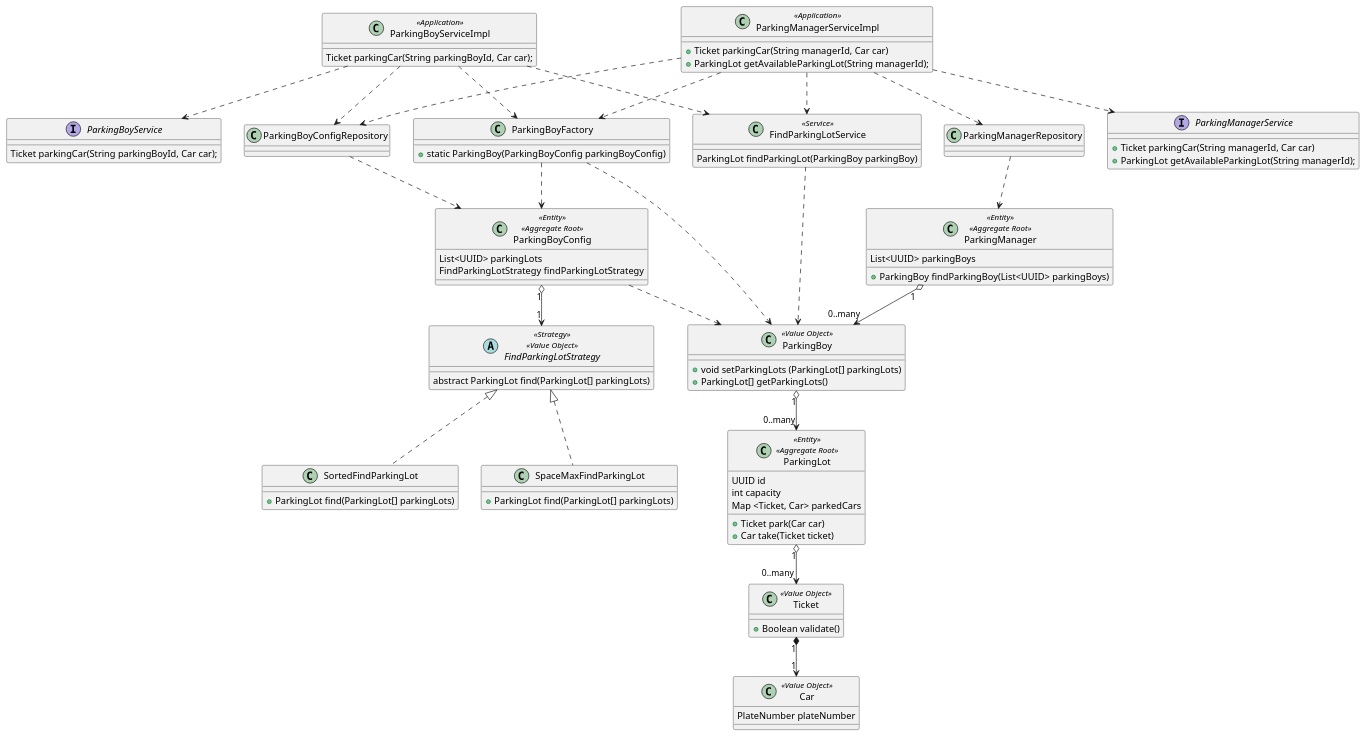
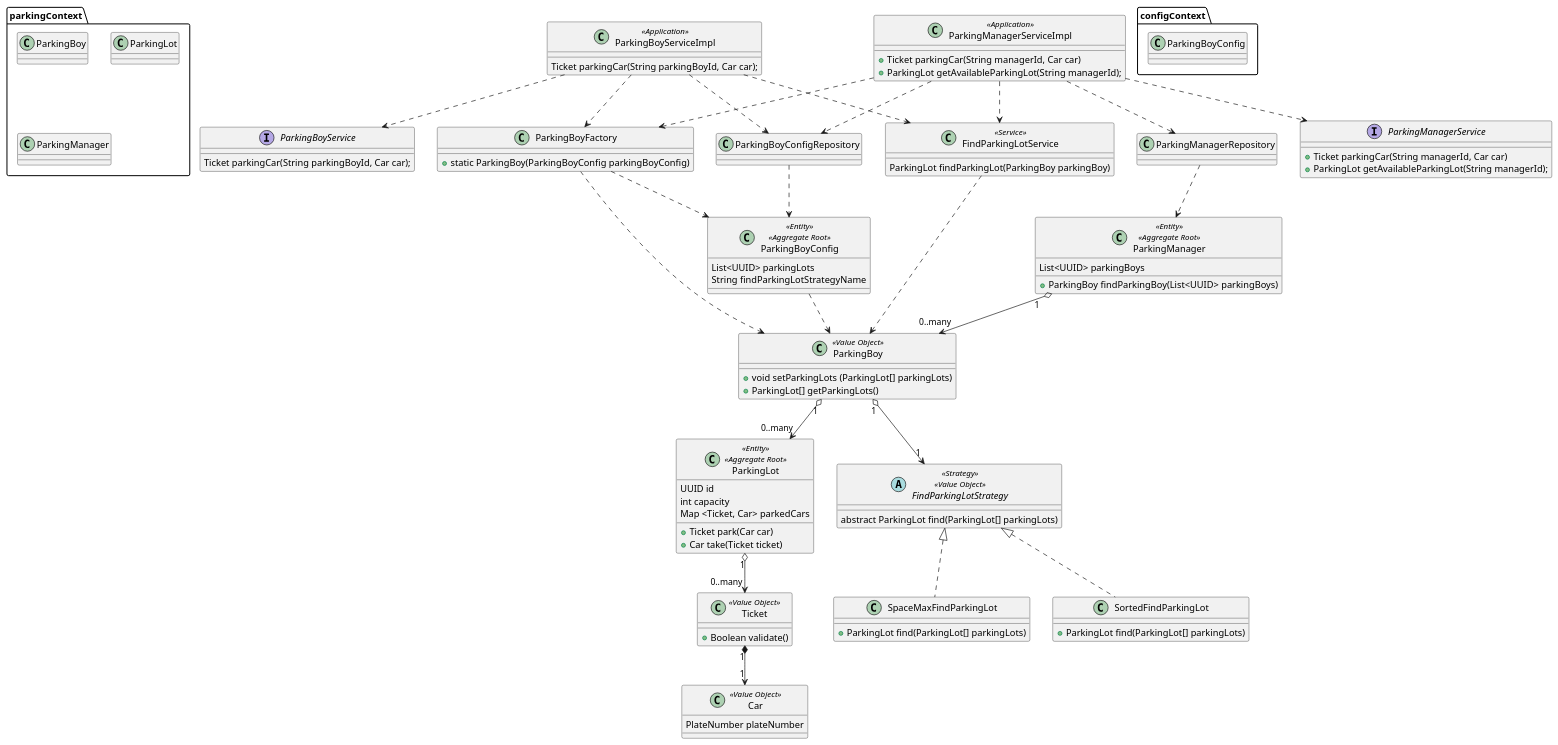
Before and after one commit to hanrongMan/ddd: the diagram in parkingLot.puml, drawn with PlantUML. The commit also changed 1 other file, not shown here.

Commit message:
ParkingBoyConfig 转 parkingBoy

```diff
--- a/parkingLot.puml
+++ b/parkingLot.puml
@@ -1,102 +1,113 @@
 @startuml
+package parkingContext {
+class ParkingBoy
+class ParkingLot
+class ParkingManager
+}
+
+package configContext{
+class ParkingBoyConfig
+
+}
 
 interface ParkingBoyService{
  Ticket parkingCar(String parkingBoyId, Car car);
 }
 
 interface ParkingManagerService{
  + Ticket parkingCar(String managerId, Car car)
  + ParkingLot getAvailableParkingLot(String managerId);
 }
 class ParkingManagerServiceImpl <<Application>>{
  + Ticket parkingCar(String managerId, Car car)
  +  ParkingLot getAvailableParkingLot(String managerId);
 }
 
 class ParkingBoyServiceImpl <<Application>> {
  Ticket parkingCar(String parkingBoyId, Car car);
 }
 
 Class ParkingManager <<Entity>> <<Aggregate Root>>  {
   List<UUID> parkingBoys
 
 + ParkingBoy findParkingBoy(List<UUID> parkingBoys)
 }
 
 Class ParkingBoy <<Value Object>> {
   + void setParkingLots (ParkingLot[] parkingLots)
   + ParkingLot[] getParkingLots()
 }
 
 Class ParkingBoyConfig  << Entity >> <<Aggregate Root>>{
   List<UUID> parkingLots
-  FindParkingLotStrategy findParkingLotStrategy
+  String findParkingLotStrategyName
 }
+
 
 class ParkingLot << Entity >> <<Aggregate Root>> {
   UUID id
   int capacity
   Map <Ticket, Car> parkedCars
 
   + Ticket park(Car car)
   + Car take(Ticket ticket)
 }
 
 Class Car << Value Object >> {
     PlateNumber plateNumber
 }
 
 Class Ticket << Value Object >> {
   + Boolean validate()
 }
 
 class FindParkingLotService <<Service>> {
 ParkingLot findParkingLot(ParkingBoy parkingBoy)
 }
 
 abstract class FindParkingLotStrategy <<Strategy>> <<Value Object>>{
 abstract ParkingLot find(ParkingLot[] parkingLots)
 }
 
 Class SortedFindParkingLot{
 +ParkingLot find(ParkingLot[] parkingLots)
 }
 
 Class SpaceMaxFindParkingLot{
 +ParkingLot find(ParkingLot[] parkingLots)
 }
 
 Class ParkingBoyFactory {
 +static ParkingBoy(ParkingBoyConfig parkingBoyConfig)
 }
 
 FindParkingLotStrategy  <|.. SortedFindParkingLot
 FindParkingLotStrategy  <|.. SpaceMaxFindParkingLot
 ParkingManager "1" o--> "0..many" ParkingBoy
 Ticket "1" *--> "1" Car
 ParkingLot "1" o--> "0..many" Ticket
 ParkingBoy "1" o--> "0..many" ParkingLot
-ParkingBoyConfig "1" o--> "1" FindParkingLotStrategy
+ParkingBoy "1" o--> "1" FindParkingLotStrategy
 FindParkingLotService ..> ParkingBoy
 ParkingBoyConfig ..> ParkingBoy
 
 ParkingBoyFactory ..>ParkingBoy
 ParkingBoyFactory ..>ParkingBoyConfig
 
 ParkingBoyServiceImpl ..> ParkingBoyConfigRepository
 ParkingBoyServiceImpl ..> FindParkingLotService
 ParkingBoyServiceImpl ..> ParkingBoyFactory
 
 ParkingManagerServiceImpl ..> ParkingBoyConfigRepository
 ParkingManagerServiceImpl ..> FindParkingLotService
 ParkingManagerServiceImpl ..>  ParkingManagerRepository
 ParkingManagerServiceImpl ..> ParkingBoyFactory
 
 ParkingBoyConfigRepository ..>ParkingBoyConfig
 ParkingManagerRepository ..>ParkingManager
 
 ParkingManagerServiceImpl ..>ParkingManagerService
 ParkingBoyServiceImpl ..>ParkingBoyService
 
 
 @enduml
```
